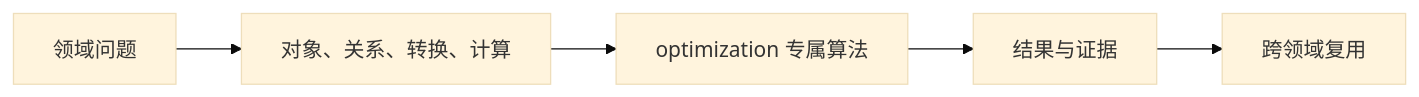
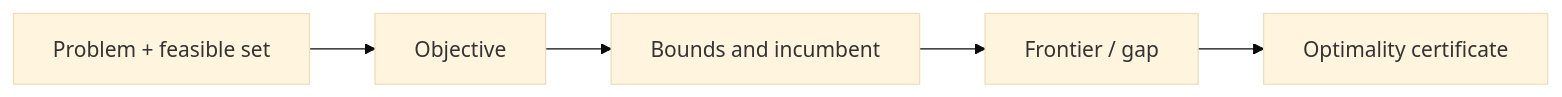
The first of 3 diagrams in projects/athena-engine/src/domains/optimization/readme.md (ai4waifu/athena.rs), drawn with Mermaid (base theme) before and after one commit. The commit also changed other lines of this file and 21 other files, not shown here.

````diff
--- a/projects/athena-engine/src/domains/optimization/readme.md
+++ b/projects/athena-engine/src/domains/optimization/readme.md
@@ -15,7 +15,7 @@
 ```mermaid
 flowchart LR
-    Problem["领域问题"] --> Decompose["对象、关系、转换、计算"]
-    Decompose --> Algorithm["optimization 专属算法"]
-    Algorithm --> Evidence["结果与证据"]
-    Evidence --> Cross["跨领域复用"]
+ P["Problem + feasible set"] --> O["Objective"]
+ O --> B["Bounds and incumbent"]
+ B --> F["Frontier / gap"]
+ F --> C["Optimality certificate"]
 ```
````
